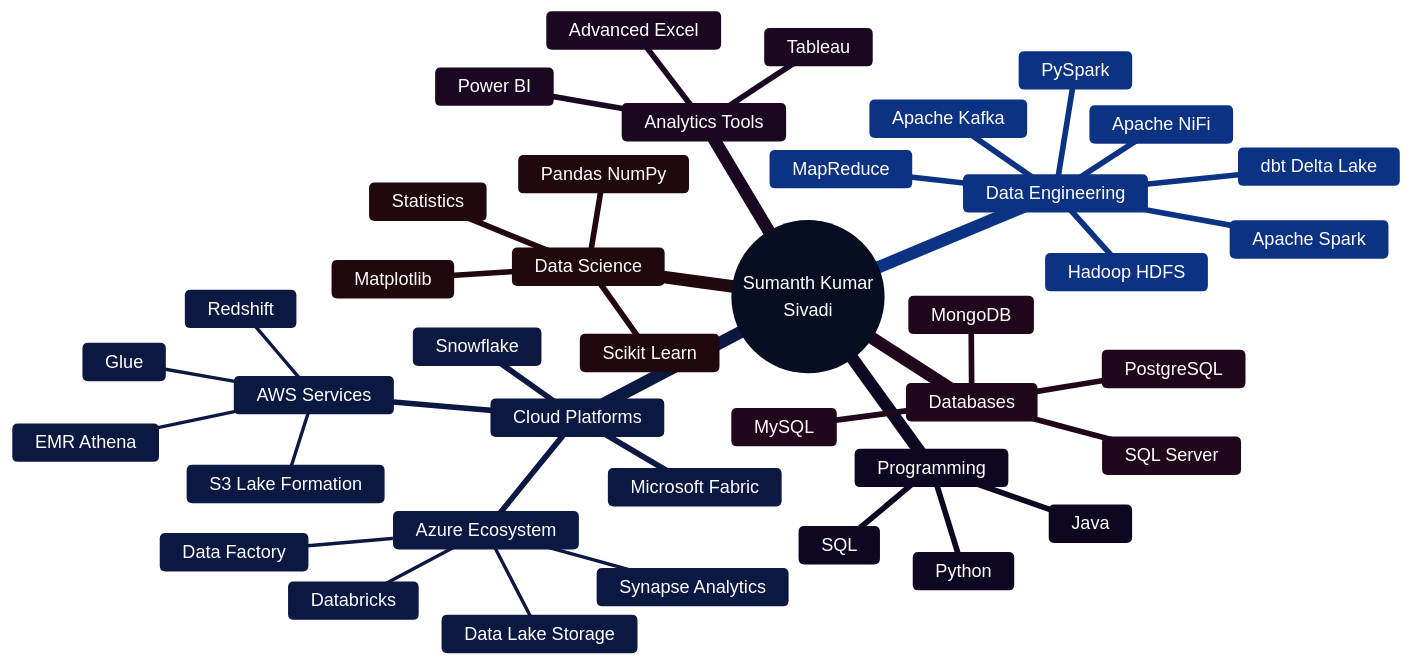
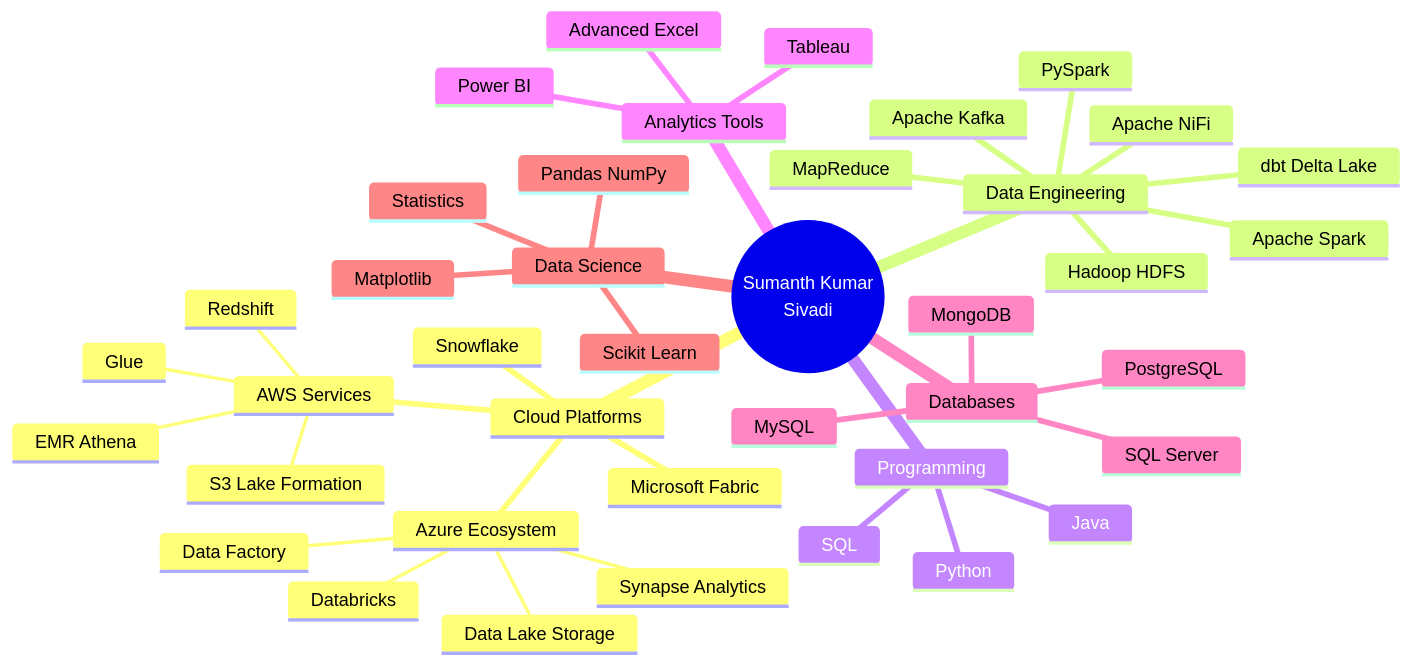
Before and after one commit to SumanthKumar00/SumanthKumar00: the third of 3 diagrams in README.md, drawn with Mermaid.

````diff
--- a/README.md
+++ b/README.md
@@ -178,44 +178,43 @@
 ```mermaid
-%%{init: {'theme': 'base', 'themeVariables': { 'primaryColor': '#1e3a8a', 'primaryTextColor': '#ffffff', 'primaryBorderColor': '#3b82f6', 'lineColor': '#60a5fa', 'secondaryColor': '#1e40af', 'tertiaryColor': '#2563eb', 'background': '#0f172a', 'mainBkg': '#1e3a8a', 'secondBkg': '#1e40af', 'nodeBorder': '#3b82f6', 'clusterBkg': '#1e3a8a', 'titleColor': '#ffffff', 'edgeLabelBackground': '#1e3a8a'}}}%%
 mindmap
   root((Sumanth Kumar<br/>Sivadi))
     Cloud Platforms
       Azure Ecosystem
         Data Factory
         Synapse Analytics
         Databricks
         Data Lake Storage
       AWS Services
         Glue
         Redshift
         S3 Lake Formation
         EMR Athena
       Snowflake
       Microsoft Fabric
     Data Engineering
       Apache Spark
       PySpark
       Hadoop HDFS
       MapReduce
       Apache Kafka
       Apache NiFi
       dbt Delta Lake
     Programming
       Python
       SQL
       Java
     Analytics Tools
       Tableau
       Power BI
       Advanced Excel
     Databases
       SQL Server
       PostgreSQL
       MySQL
       MongoDB
     Data Science
       Pandas NumPy
       Scikit Learn
       Matplotlib
       Statistics
 ```
````
